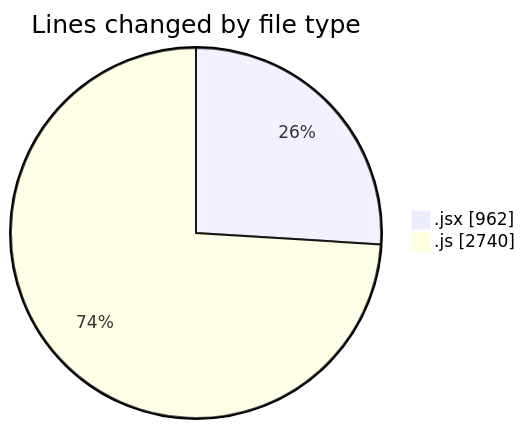
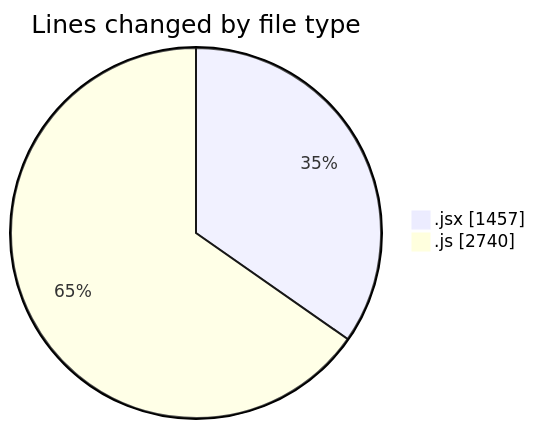
The first of 2 diagrams in 2025-11-07/nxtqube_webapp/README.md (nxtqubesakshisongat/code-tracking), drawn with Mermaid before and after one commit. The commit also changed other lines of this file and 1 other file, not shown here.

````diff
--- a/2025-11-07/nxtqube_webapp/README.md
+++ b/2025-11-07/nxtqube_webapp/README.md
@@ -24,6 +25,6 @@
 ```mermaid
 pie showData
 title Lines changed by file type
-".jsx" : 962
+".jsx" : 1457
 ".js" : 2740
 ```
````
